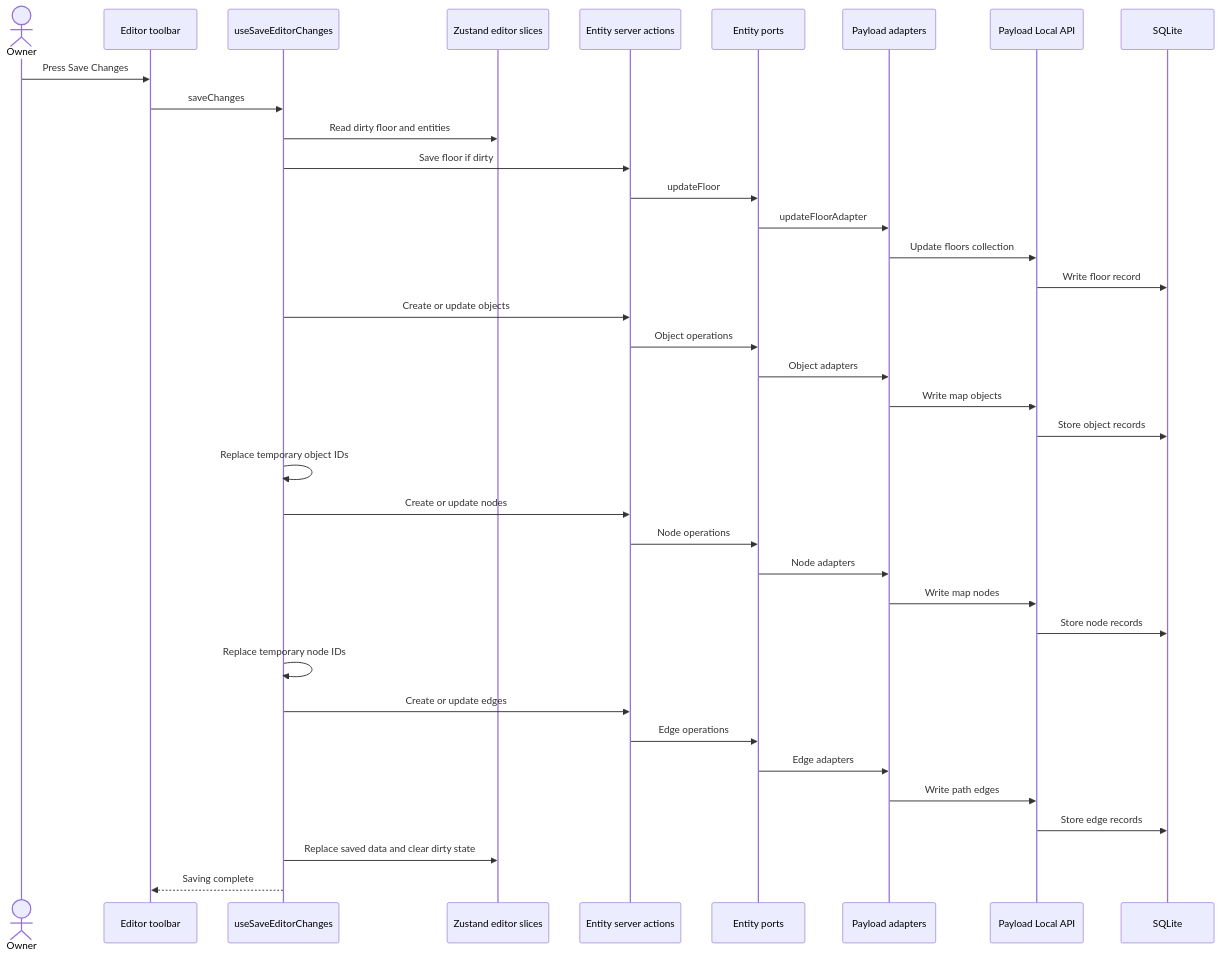
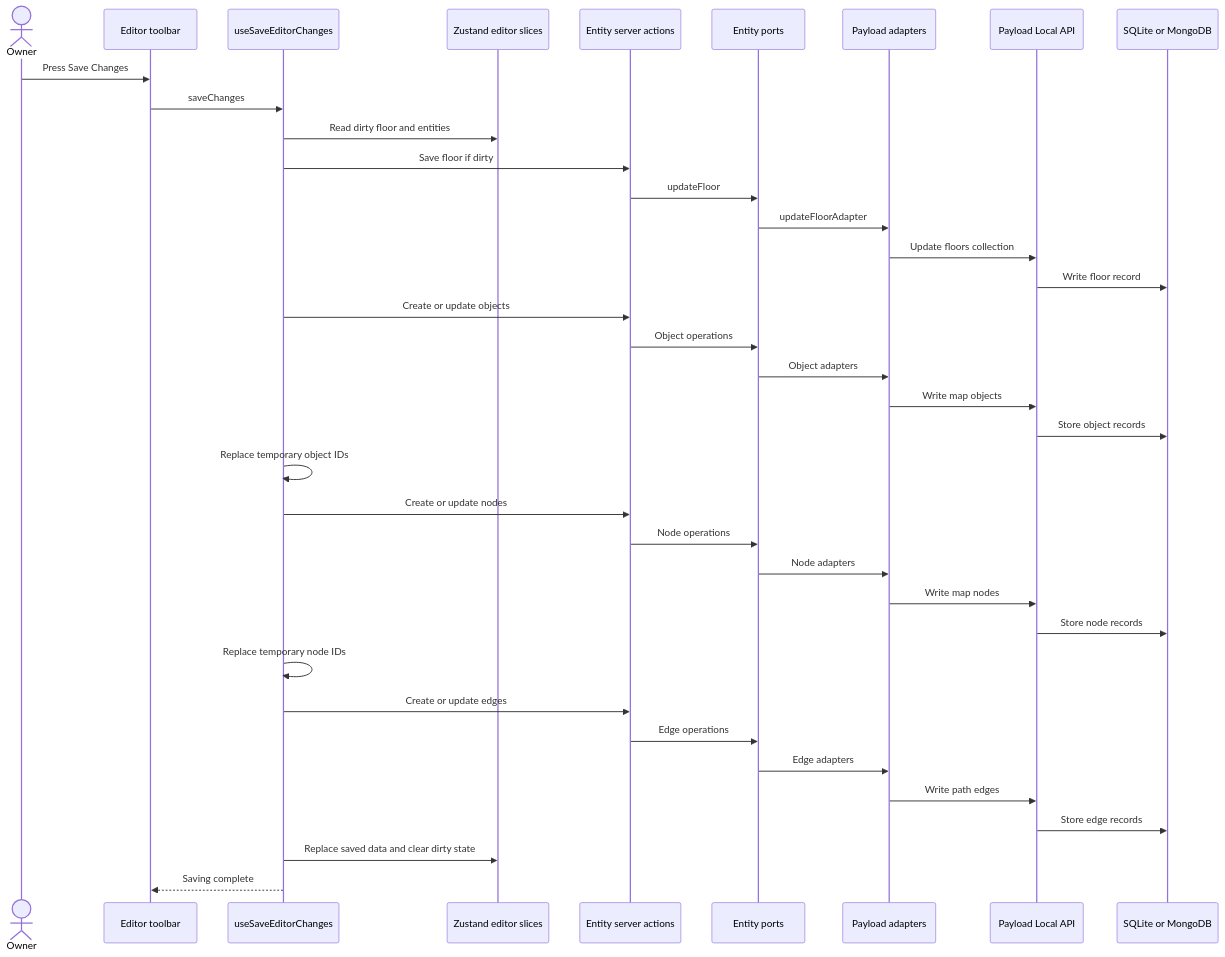
Before and after one commit to MubassirSapa/WayFinder: the fourth of 6 diagrams in docs/technical/APPLICATION_ARCHITECTURE.md, drawn with Mermaid. The commit also changed other lines of this file and 9 other files, not shown here.

````diff
--- a/docs/technical/APPLICATION_ARCHITECTURE.md
+++ b/docs/technical/APPLICATION_ARCHITECTURE.md
@@ -359,40 +361,40 @@
 ```mermaid
 sequenceDiagram
     actor Owner
     participant Toolbar as Editor toolbar
     participant SaveHook as useSaveEditorChanges
     participant Store as Zustand editor slices
     participant Actions as Entity server actions
     participant Ports as Entity ports
     participant Adapters as Payload adapters
     participant Payload as Payload Local API
-    participant DB as SQLite
+    participant DB as SQLite or MongoDB
 
     Owner->>Toolbar: Press Save Changes
     Toolbar->>SaveHook: saveChanges
     SaveHook->>Store: Read dirty floor and entities
     SaveHook->>Actions: Save floor if dirty
     Actions->>Ports: updateFloor
     Ports->>Adapters: updateFloorAdapter
     Adapters->>Payload: Update floors collection
     Payload->>DB: Write floor record
     SaveHook->>Actions: Create or update objects
     Actions->>Ports: Object operations
     Ports->>Adapters: Object adapters
     Adapters->>Payload: Write map objects
     Payload->>DB: Store object records
     SaveHook->>SaveHook: Replace temporary object IDs
     SaveHook->>Actions: Create or update nodes
     Actions->>Ports: Node operations
     Ports->>Adapters: Node adapters
     Adapters->>Payload: Write map nodes
     Payload->>DB: Store node records
     SaveHook->>SaveHook: Replace temporary node IDs
     SaveHook->>Actions: Create or update edges
     Actions->>Ports: Edge operations
     Ports->>Adapters: Edge adapters
     Adapters->>Payload: Write path edges
     Payload->>DB: Store edge records
     SaveHook->>Store: Replace saved data and clear dirty state
     SaveHook-->>Toolbar: Saving complete
 ```
````
